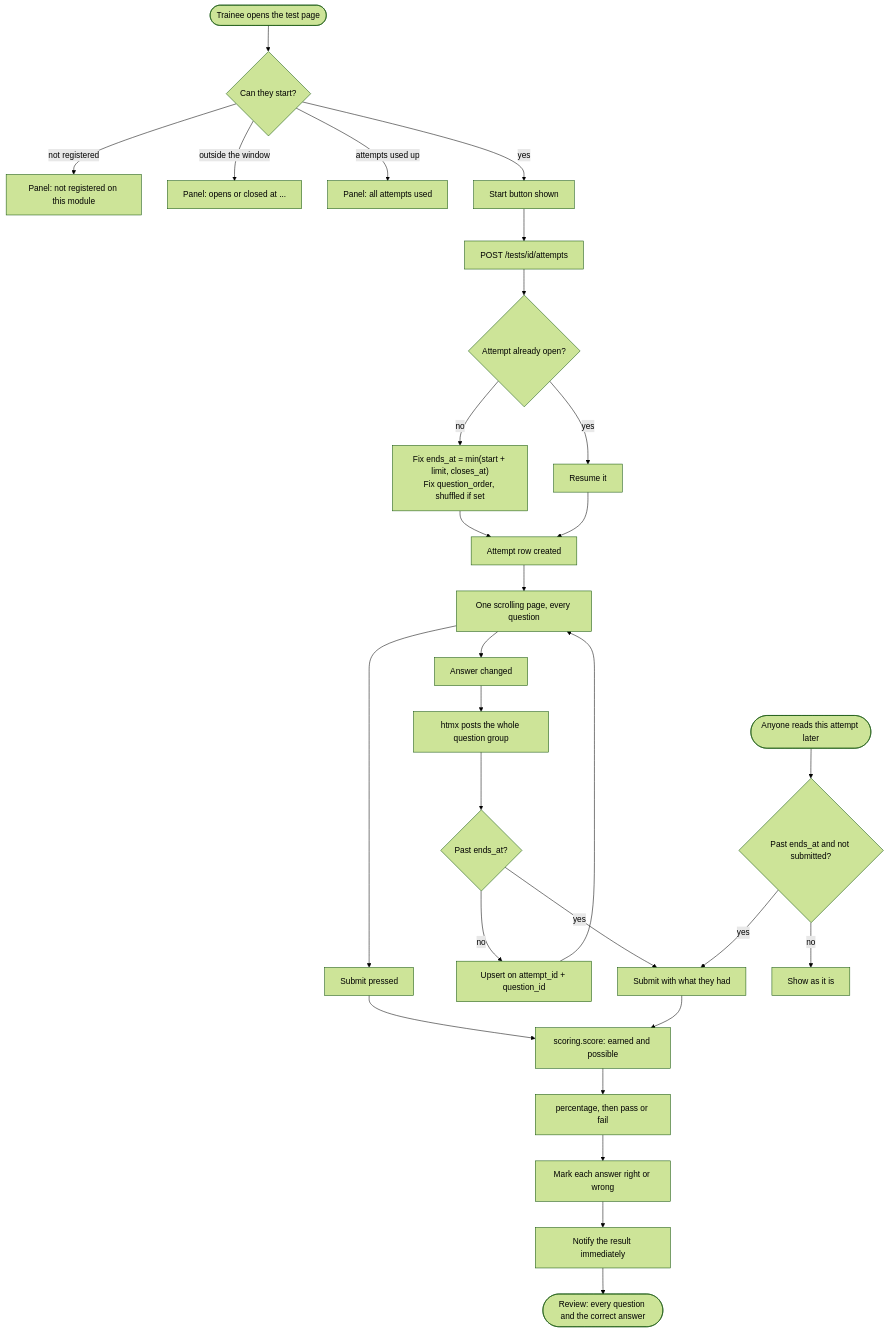
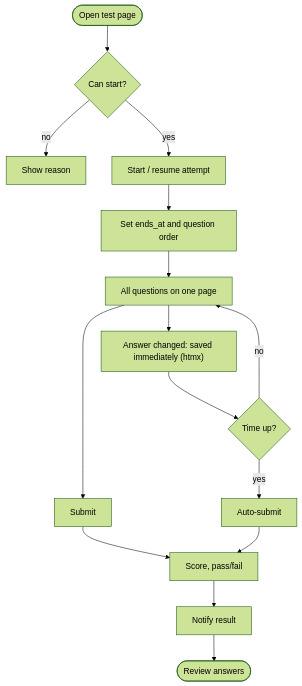
Before and after one commit to xTurki/awarness_project: the ninth of 10 diagrams in docs/system-analysis-and-design.md, drawn with Mermaid (forest theme). The commit also changed other lines of this file and 147 other files, not shown here.

````diff
--- a/docs/system-analysis-and-design.md
+++ b/docs/system-analysis-and-design.md
@@ -880,37 +613,17 @@
 ```mermaid
 flowchart TD
-    A(["Trainee opens the test page"]) --> B{"Can they start?"}
-    B -->|not registered| B1["Panel: not registered on this module"]
-    B -->|outside the window| B2["Panel: opens or closed at ..."]
-    B -->|attempts used up| B3["Panel: all attempts used"]
-    B -->|yes| C["Start button shown"]
-
-    C --> D["POST /tests/id/attempts"]
-    D --> E{"Attempt already open?"}
-    E -->|yes| F["Resume it"]
-    E -->|no| G["Fix ends_at = min(start + limit, closes_at)<br/>Fix question_order, shuffled if set"]
-
-    G --> H["Attempt row created"]
-    F --> H
-    H --> I["One scrolling page, every question"]
-
-    I --> J["Answer changed"]
-    J --> K["htmx posts the whole question group"]
-    K --> L{"Past ends_at?"}
-    L -->|yes| M["Submit with what they had"]
-    L -->|no| N["Upsert on attempt_id + question_id"]
-    N --> I
-
-    I --> O["Submit pressed"]
-    O --> P["scoring.score: earned and possible"]
-    P --> Q["percentage, then pass or fail"]
-    Q --> R["Mark each answer right or wrong"]
-    R --> S["Notify the result immediately"]
-    S --> T(["Review: every question and the correct answer"])
-
-    M --> P
-
-    U(["Anyone reads this attempt later"]) --> V{"Past ends_at and not submitted?"}
-    V -->|yes| M
-    V -->|no| W["Show as it is"]
+    A(["Open test page"]) --> B{"Can start?"}
+    B -->|no| B1["Show reason"]
+    B -->|yes| C["Start / resume attempt"]
+    C --> D["Set ends_at and question order"]
+    D --> E["All questions on one page"]
+    E --> F["Answer changed: saved immediately (htmx)"]
+    F --> G{"Time up?"}
+    G -->|yes| H["Auto-submit"]
+    G -->|no| E
+    E --> I["Submit"]
+    I --> J["Score, pass/fail"]
+    H --> J
+    J --> K["Notify result"]
+    K --> L(["Review answers"])
 ```
````
